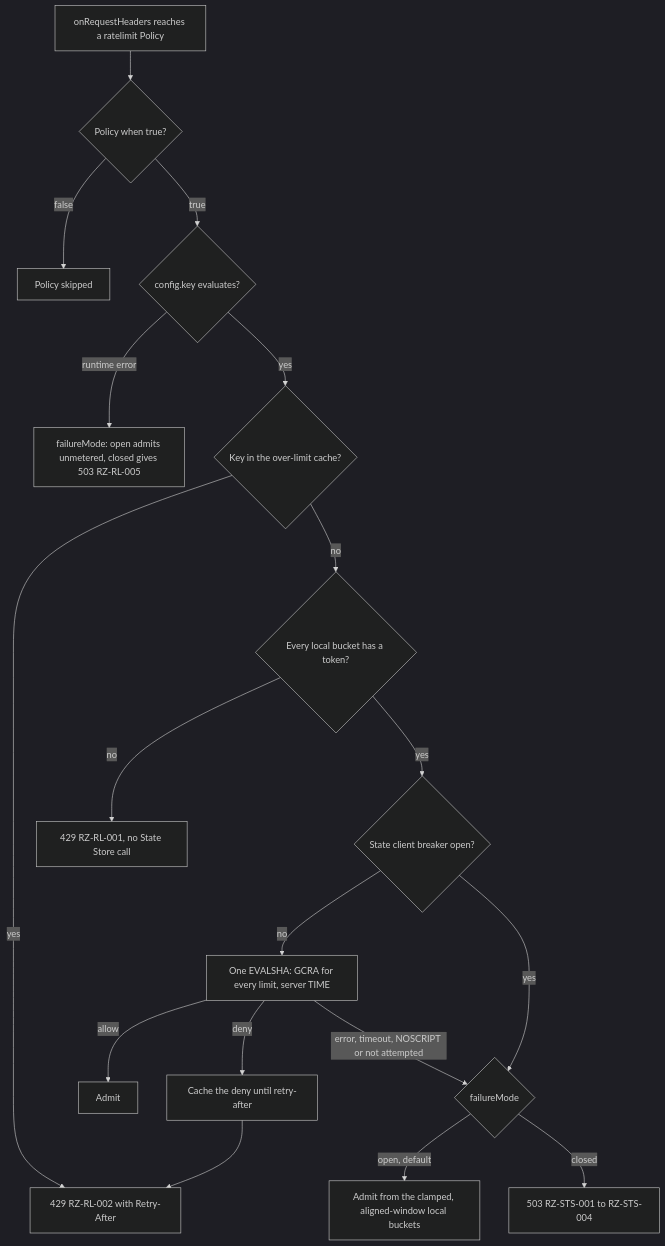
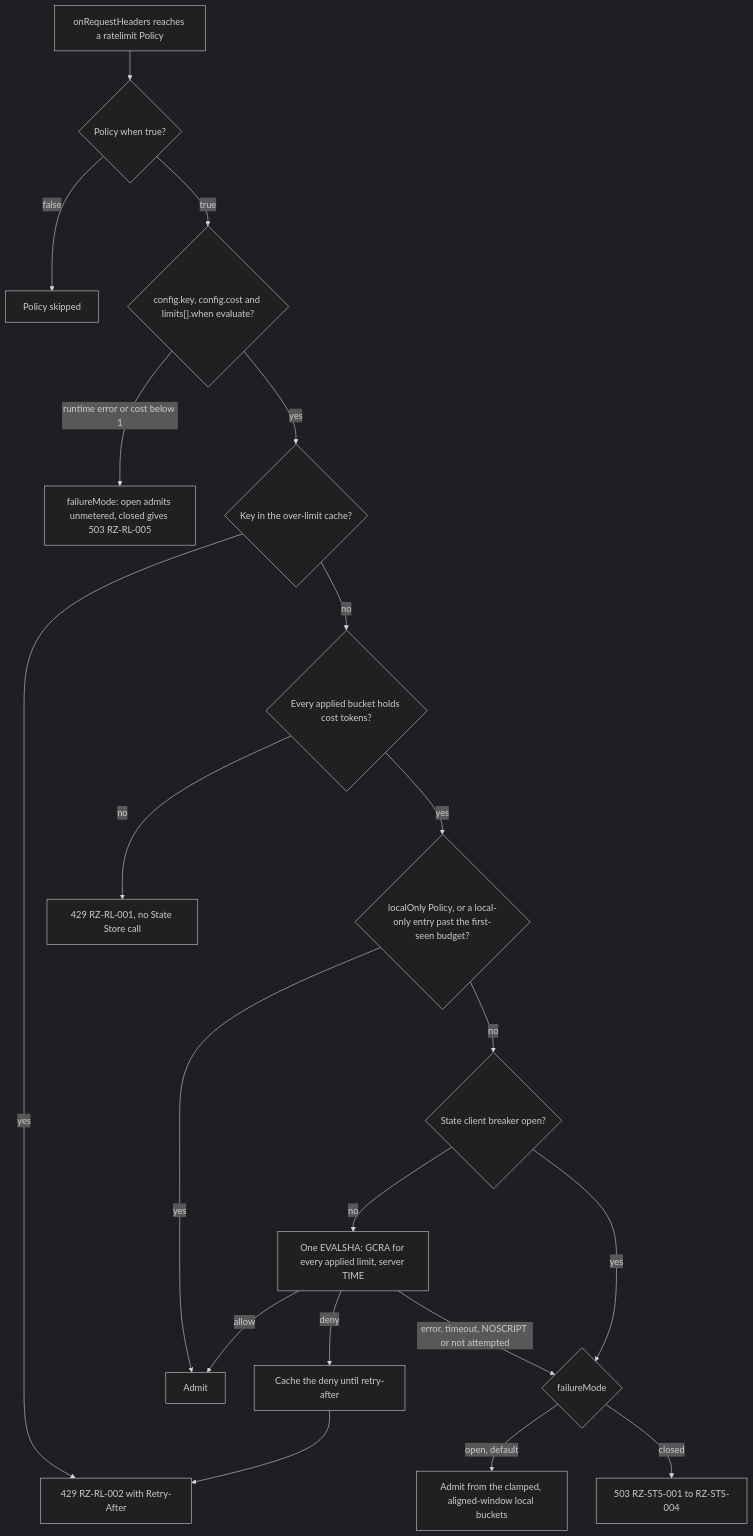
The diagram in docs/adr/0008-rate-limiting-local-bucket-and-gcra.md (ravindu-rev/ruralz), drawn with Mermaid (dark theme) before and after one commit. The commit also changed other lines of this file and 5552 other files, not shown here.

````diff
--- a/docs/adr/0008-rate-limiting-local-bucket-and-gcra.md
+++ b/docs/adr/0008-rate-limiting-local-bucket-and-gcra.md
@@ -62,20 +55,22 @@
 ```mermaid
 flowchart TD
     req["onRequestHeaders reaches a ratelimit Policy"] --> when{"Policy when true?"}
     when -- "false" --> skip["Policy skipped"]
-    when -- "true" --> key{"config.key evaluates?"}
-    key -- "runtime error" --> kfm["failureMode: open admits unmetered, closed gives 503 RZ-RL-005"]
+    when -- "true" --> key{"config.key, config.cost and limits[].when evaluate?"}
+    key -- "runtime error or cost below 1" --> kfm["failureMode: open admits unmetered, closed gives 503 RZ-RL-005"]
     key -- "yes" --> olc{"Key in the over-limit cache?"}
     olc -- "yes" --> d2["429 RZ-RL-002 with Retry-After"]
-    olc -- "no" --> lb{"Every local bucket has a token?"}
+    olc -- "no" --> lb{"Every applied bucket holds cost tokens?"}
     lb -- "no" --> d1["429 RZ-RL-001, no State Store call"]
-    lb -- "yes" --> brk{"State client breaker open?"}
-    brk -- "no" --> gcra["One EVALSHA: GCRA for every limit, server TIME"]
+    lb -- "yes" --> lo{"localOnly Policy, or a local-only entry past the first-seen budget?"}
+    lo -- "yes" --> ok
+    lo -- "no" --> brk{"State client breaker open?"}
+    brk -- "no" --> gcra["One EVALSHA: GCRA for every applied limit, server TIME"]
     gcra -- "allow" --> ok["Admit"]
     gcra -- "deny" --> cache["Cache the deny until retry-after"]
     cache --> d2
     gcra -- "error, timeout, NOSCRIPT or not attempted" --> fm{"failureMode"}
     brk -- "yes" --> fm
     fm -- "open, default" --> ok2["Admit from the clamped, aligned-window local buckets"]
     fm -- "closed" --> r503["503 RZ-STS-001 to RZ-STS-004"]
 ```
````
